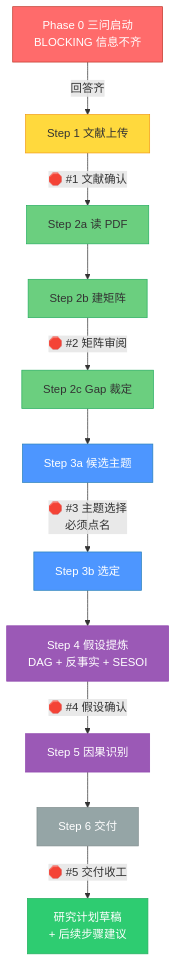
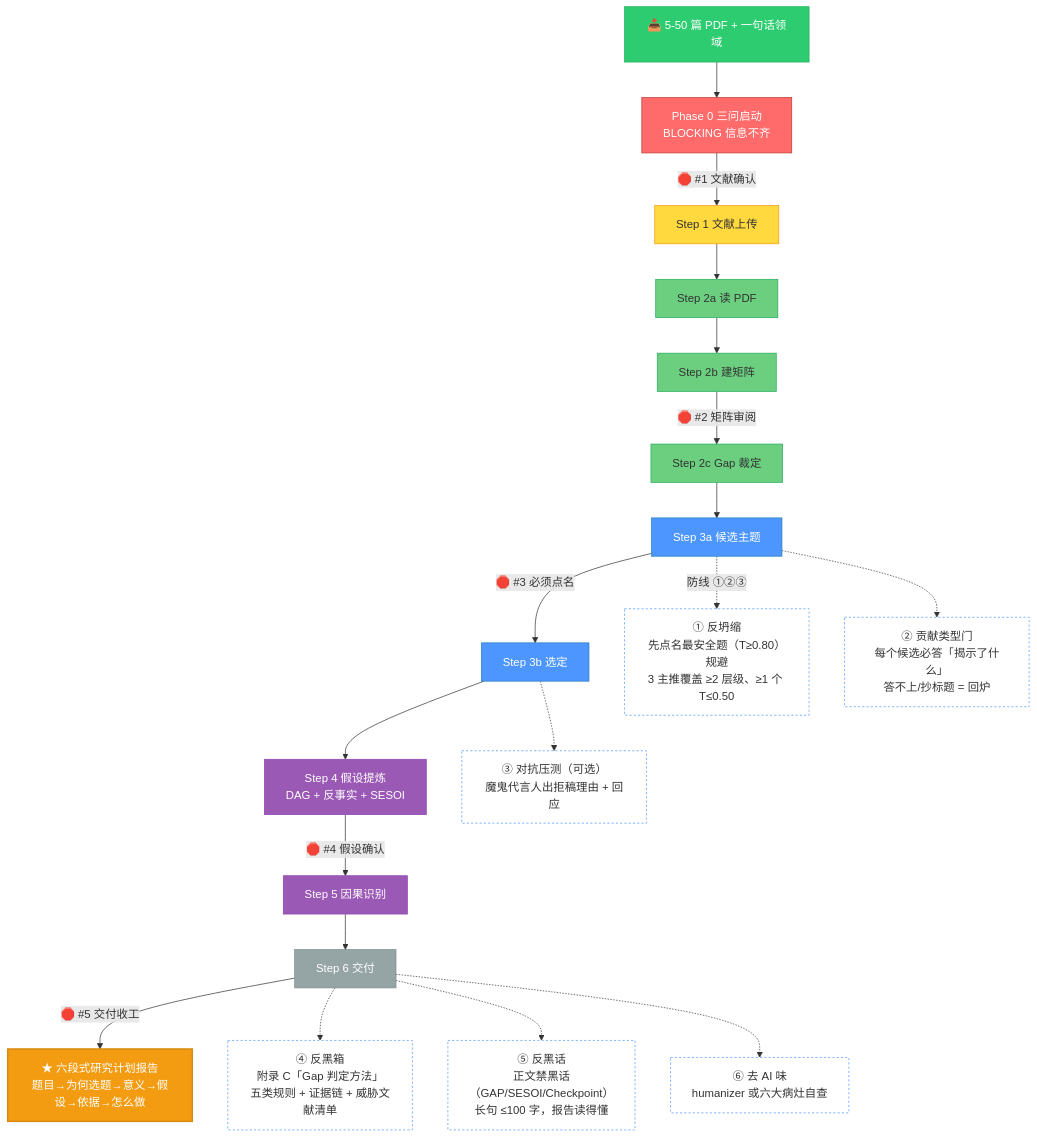
The diagram in assets/diagram/pipeline.mermaid (jefeerzhang/xtgc-forge), drawn with Mermaid before and after one commit. The commit also changed 2 other files, not shown here.

Commit message:
docs(readme): 配图改为豆包 Seedream 生图，pipeline.mermaid 同步 v0.3.11 六道防线

```diff
--- a/assets/diagram/pipeline.mermaid
+++ b/assets/diagram/pipeline.mermaid
@@ -1,27 +1,49 @@
-%% 选题工坊 · 6 步流水线 + 5 闸硬暂停 流程图
-%% 来源:本图作为 SKILL.md 顶部嵌入图的源文件,GitHub 内置 mermaid 渲染。
+%% 选题工坊 · 工作流全景图（README v0.3.11 同步）
+%% 来源:本图作为 README 顶部 assets/xtgc-workflow.png 的源文件。
 %% 本地转 PNG:npx @mermaid-js/mermaid-cli -i pipeline.mermaid -o pipeline.png
 
 flowchart TD
-    A[Phase 0 三问启动<br/>BLOCKING 信息不齐] -->|回答齐| C1[Step 1 文献上传]
-    C1 -->|🛑 #1 文献确认| C2[Step 2a 读 PDF]
-    C2 --> D1[Step 2b 建矩阵]
-    D1 -->|🛑 #2 矩阵审阅| D2[Step 2c Gap 裁定]
-    D2 --> E1[Step 3a 候选主题]
-    E1 -->|🛑 #3 主题选择<br/>必须点名| E2[Step 3b 选定]
-    E2 --> F1[Step 4 假设提炼<br/>DAG + 反事实 + SESOI]
-    F1 -->|🛑 #4 假设确认| F2[Step 5 因果识别]
-    F2 --> G1[Step 6 交付]
-    G1 -->|🛑 #5 交付收工| G2[研究计划草稿<br/>+ 后续步骤建议]
+    IN["📥 5-50 篇 PDF + 一句话领域"] --> P0["Phase 0 三问启动<br/>BLOCKING 信息不齐"]
+    P0 -->|🛑 #1 文献确认| P1["Step 1 文献上传"]
+    P1 --> P2["Step 2a 读 PDF"]
+    P2 --> P3["Step 2b 建矩阵"]
+    P3 -->|🛑 #2 矩阵审阅| P4["Step 2c Gap 裁定"]
+    P4 --> P5["Step 3a 候选主题"]
+    P5 -->|🛑 #3 必须点名| P6["Step 3b 选定"]
+    P6 --> P7["Step 4 假设提炼<br/>DAG + 反事实 + SESOI"]
+    P7 -->|🛑 #4 假设确认| P8["Step 5 因果识别"]
+    P8 --> P9["Step 6 交付"]
+    P9 -->|🛑 #5 交付收工| OUT["★ 六段式研究计划报告<br/>题目→为何选题→意义→假设→依据→怎么做"]
 
-    style A fill:#ff6b6b,color:#fff,stroke:#c0392b
-    style C1 fill:#ffd93d,stroke:#f39c12
-    style C2 fill:#6bcf7f,stroke:#27ae60
-    style D1 fill:#6bcf7f,stroke:#27ae60
-    style D2 fill:#6bcf7f,stroke:#27ae60
-    style E1 fill:#4d96ff,color:#fff,stroke:#2980b9
-    style E2 fill:#4d96ff,color:#fff,stroke:#2980b9
-    style F1 fill:#9b59b6,color:#fff,stroke:#8e44ad
-    style F2 fill:#9b59b6,color:#fff,stroke:#8e44ad
-    style G1 fill:#95a5a6,color:#fff,stroke:#7f8c8d
-    style G2 fill:#2ecc71,color:#fff,stroke:#27ae60
+    DEF1["① 反坍缩<br/>先点名最安全题（T≥0.80）规避<br/>3 主推覆盖 ≥2 层级、≥1 个 T≤0.50"]
+    DEF2["② 贡献类型门<br/>每个候选必答「揭示了什么」<br/>答不上/抄标题 = 回炉"]
+    DEF3["③ 对抗压测（可选）<br/>魔鬼代言人出拒稿理由 + 回应"]
+    DEF4["④ 反黑箱<br/>附录 C「Gap 判定方法」<br/>五类规则 + 证据链 + 威胁文献清单"]
+    DEF5["⑤ 反黑话<br/>正文禁黑话（GAP/SESOI/Checkpoint）<br/>长句 ≤100 字，报告读得懂"]
+    DEF6["⑥ 去 AI 味<br/>humanizer 或六大病灶自查"]
+
+    P5 -. 防线 ①②③ .-> DEF1
+    P5 -.-> DEF2
+    P6 -.-> DEF3
+    P9 -.-> DEF4
+    P9 -.-> DEF5
+    P9 -.-> DEF6
+
+    style IN fill:#2ecc71,color:#fff,stroke:#27ae60
+    style P0 fill:#ff6b6b,color:#fff,stroke:#c0392b
+    style P1 fill:#ffd93d,stroke:#f39c12
+    style P2 fill:#6bcf7f,stroke:#27ae60
+    style P3 fill:#6bcf7f,stroke:#27ae60
+    style P4 fill:#6bcf7f,stroke:#27ae60
+    style P5 fill:#4d96ff,color:#fff,stroke:#2980b9
+    style P6 fill:#4d96ff,color:#fff,stroke:#2980b9
+    style P7 fill:#9b59b6,color:#fff,stroke:#8e44ad
+    style P8 fill:#9b59b6,color:#fff,stroke:#8e44ad
+    style P9 fill:#95a5a6,color:#fff,stroke:#7f8c8d
+    style OUT fill:#f39c12,color:#fff,stroke:#d68910,stroke-width:2px
+    style DEF1 fill:#fff,stroke:#4d96ff,stroke-dasharray:3
+    style DEF2 fill:#fff,stroke:#4d96ff,stroke-dasharray:3
+    style DEF3 fill:#fff,stroke:#4d96ff,stroke-dasharray:3
+    style DEF4 fill:#fff,stroke:#4d96ff,stroke-dasharray:3
+    style DEF5 fill:#fff,stroke:#4d96ff,stroke-dasharray:3
+    style DEF6 fill:#fff,stroke:#4d96ff,stroke-dasharray:3
```
